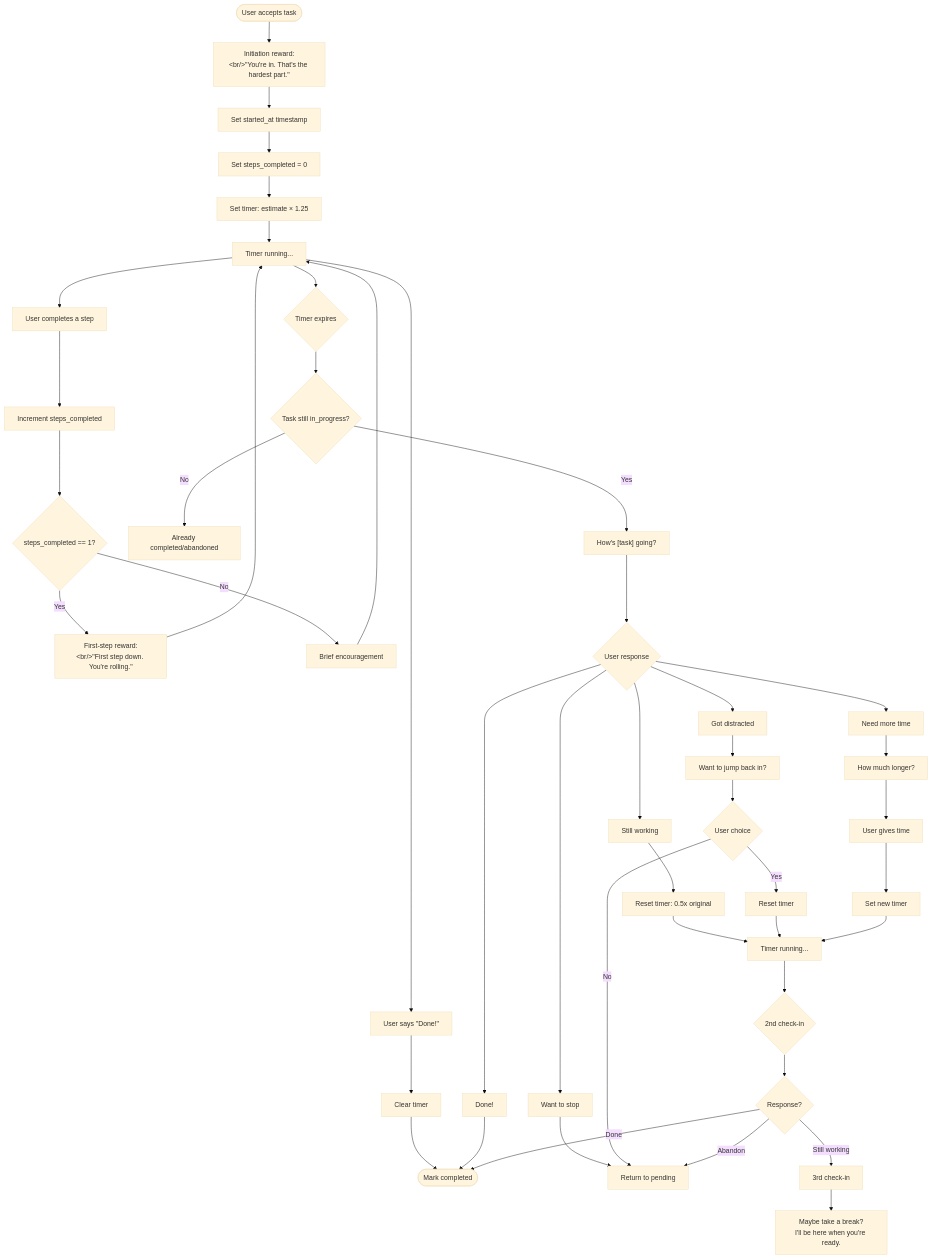
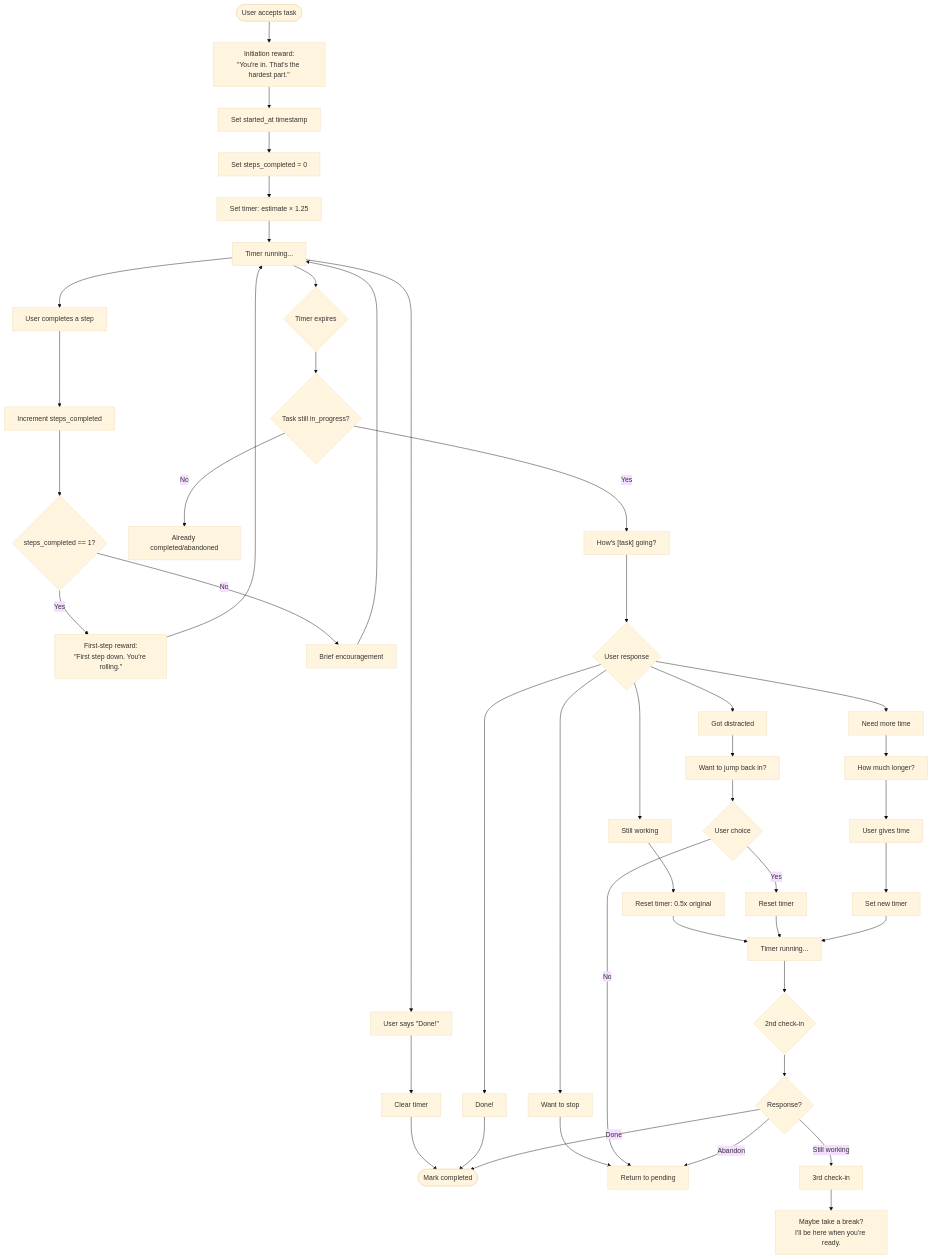
One commit to NickBorgersProbably/hide-my-list changed diagram 16 of 28 in docs/task-lifecycle.md. Above: the diagram before and after it, drawn with Mermaid (base theme). The commit also changed other lines of this file and 1 other file, not shown here.

Commit message:
Fix <br/> line breaks incorrectly escaped as #lt;br/#gt; in Mermaid diagrams
Inside quoted Mermaid labels, <br/> works directly for line breaks.
The #lt;br/#gt; escape renders as literal text instead of a line break.

````diff
--- a/docs/task-lifecycle.md
+++ b/docs/task-lifecycle.md
@@ -473,61 +473,61 @@
 ```mermaid
 flowchart TD
-    Accept([User accepts task]) --> InitReward["Initiation reward:#lt;br/#gt;#quot;You're in. That's the hardest part.#quot;"]
+    Accept([User accepts task]) --> InitReward["Initiation reward:<br/>#quot;You're in. That's the hardest part.#quot;"]
     InitReward --> SetStarted[Set started_at timestamp]
     SetStarted --> InitSteps[Set steps_completed = 0]
     InitSteps --> SetTimer[Set timer: estimate × 1.25]
     SetTimer --> Wait[Timer running...]
 
     Wait --> StepDone[User completes a step]
     Wait --> TimerFires{Timer expires}
     Wait --> UserDone["User says #quot;Done!#quot;"]
 
     StepDone --> IncrSteps[Increment steps_completed]
     IncrSteps --> IsFirst{steps_completed == 1?}
-    IsFirst -->|Yes| FirstReward["First-step reward:#lt;br/#gt;#quot;First step down. You're rolling.#quot;"]
+    IsFirst -->|Yes| FirstReward["First-step reward:<br/>#quot;First step down. You're rolling.#quot;"]
     IsFirst -->|No| Brief[Brief encouragement]
     FirstReward --> Wait
     Brief --> Wait
 
     UserDone --> ClearTimer[Clear timer]
     ClearTimer --> Complete([Mark completed])
 
     TimerFires --> CheckStatus{Task still in_progress?}
 
     CheckStatus -->|No| Skip[Already completed/abandoned]
     CheckStatus -->|Yes| AskUser["How's [task] going?"]
 
     AskUser --> Response{User response}
 
     Response --> Done["Done!"]
     Response --> Working["Still working"]
     Response --> Distracted["Got distracted"]
     Response --> NeedMore["Need more time"]
     Response --> Abandon["Want to stop"]
 
     Done --> Complete
     Working --> ResetTimer1[Reset timer: 0.5x original]
     Distracted --> Nudge["Want to jump back in?"]
     NeedMore --> AskHow["How much longer?"]
     Abandon --> ReturnQueue[Return to pending]
 
     ResetTimer1 --> Wait2[Timer running...]
     Nudge --> Response2{User choice}
     AskHow --> NewTime[User gives time]
 
     Response2 -->|Yes| ResetTimer2[Reset timer]
     Response2 -->|No| ReturnQueue
 
     NewTime --> ResetTimer3[Set new timer]
     ResetTimer2 --> Wait2
     ResetTimer3 --> Wait2
 
     Wait2 --> CheckIn2{2nd check-in}
     CheckIn2 --> FinalResponse{Response?}
 
     FinalResponse -->|Done| Complete
     FinalResponse -->|Still working| CheckIn3[3rd check-in]
     FinalResponse -->|Abandon| ReturnQueue
 
     CheckIn3 --> Gentle["Maybe take a break?<br/>I'll be here when you're ready."]
 ```
````
